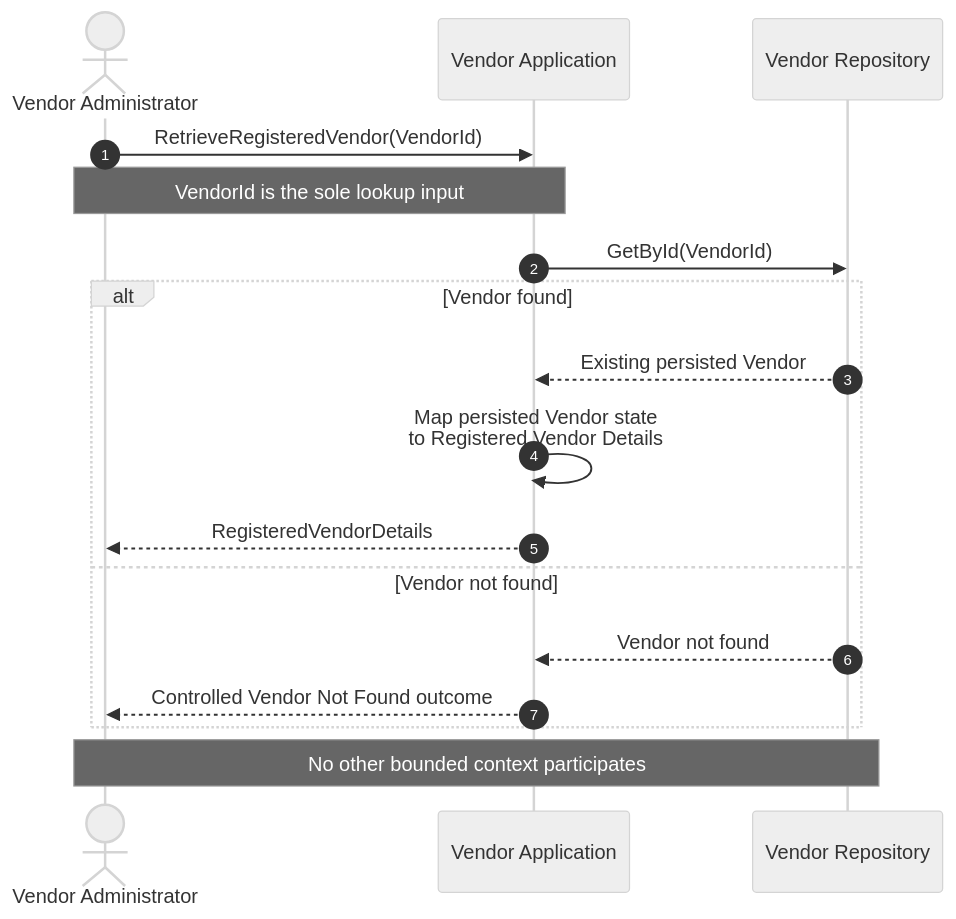
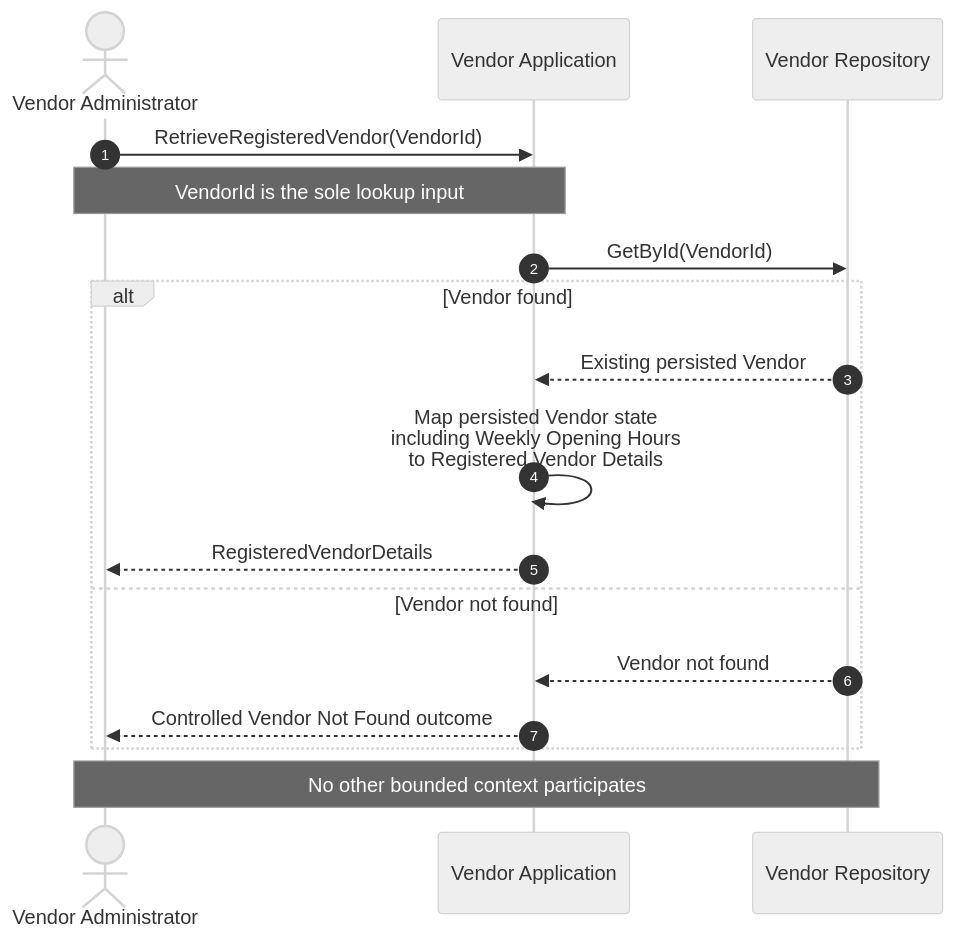
Before and after one commit to Joasties/HotJoes: the tenth of 12 diagrams in docs/architecture/HJ-105 - Vendor Registration Sequence Diagram.md, drawn with Mermaid (neutral theme). The commit also changed other lines of this file and 510 other files, not shown here.

````diff
--- a/docs/architecture/HJ-105 - Vendor Registration Sequence Diagram.md
+++ b/docs/architecture/HJ-105 - Vendor Registration Sequence Diagram.md
@@ -671,22 +726,22 @@
 ```mermaid
 sequenceDiagram
     autonumber
     actor Administrator as Vendor Administrator
     participant Application as Vendor Application
     participant Repository as Vendor Repository
 
     Administrator->>Application: RetrieveRegisteredVendor(VendorId)
     Note over Administrator,Application: VendorId is the sole lookup input
     Application->>Repository: GetById(VendorId)
 
     alt Vendor found
         Repository-->>Application: Existing persisted Vendor
-        Application->>Application: Map persisted Vendor state<br/>to Registered Vendor Details
+        Application->>Application: Map persisted Vendor state<br/>including Weekly Opening Hours<br/>to Registered Vendor Details
         Application-->>Administrator: RegisteredVendorDetails
     else Vendor not found
         Repository-->>Application: Vendor not found
         Application-->>Administrator: Controlled Vendor Not Found outcome
     end
 
     Note over Administrator,Repository: No other bounded context participates
 ```
````
